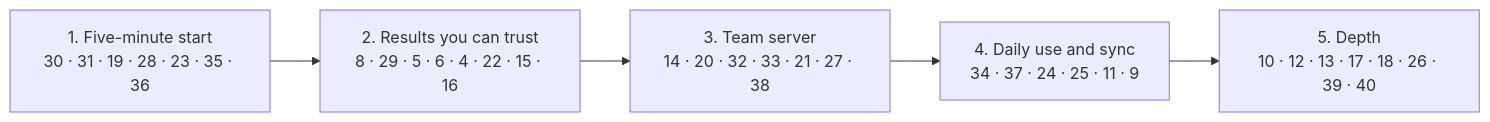
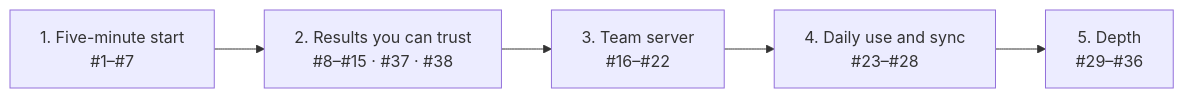
Before and after one commit to boudou/StrataKB: the second of 2 diagrams in docs/IMPROVEMENTS.md, drawn with Mermaid. The commit also changed other lines of this file and 5 other files, not shown here.

First line of the commit message:
Move the roadmap to GitHub issues

````diff
--- a/docs/IMPROVEMENTS.md
+++ b/docs/IMPROVEMENTS.md
@@ -49,7 +45,7 @@
 ```mermaid
 flowchart LR
-    m1["1. Five-minute start<br/>30 · 31 · 19 · 28 · 23 · 35 · 36"] --> m2["2. Results you can trust<br/>8 · 29 · 5 · 6 · 4 · 22 · 15 · 16"]
-    m2 --> m3["3. Team server<br/>14 · 20 · 32 · 33 · 21 · 27 · 38"]
-    m3 --> m4["4. Daily use and sync<br/>34 · 37 · 24 · 25 · 11 · 9"]
-    m4 --> m5["5. Depth<br/>10 · 12 · 13 · 17 · 18 · 26 · 39 · 40"]
+    m1["1. Five-minute start<br/>#1–#7"] --> m2["2. Results you can trust<br/>#8–#15 · #37 · #38"]
+    m2 --> m3["3. Team server<br/>#16–#22"]
+    m3 --> m4["4. Daily use and sync<br/>#23–#28"]
+    m4 --> m5["5. Depth<br/>#29–#36"]
 ```
````
